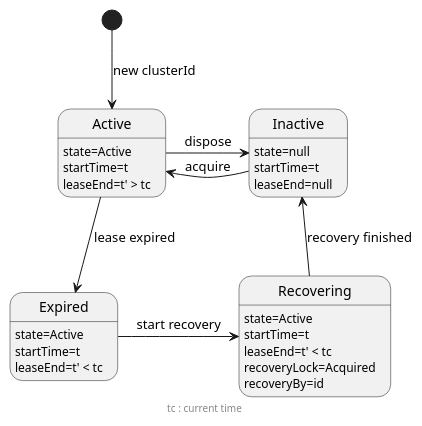
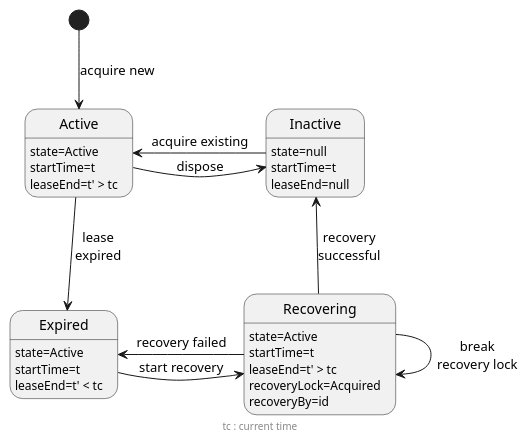
One commit to mreutegg/jackrabbit-oak changed the diagram in oak-doc/src/site/markdown/nodestore/document/cluster-node-lease.puml. Above: the diagram before and after it, drawn with PlantUML. The commit also changed 1 other file, not shown here.

Commit message:
OAK-7316: Greedy ClusterNodeInfo
Update state diagram

```diff
--- a/oak-doc/src/site/markdown/nodestore/document/cluster-node-lease.puml
+++ b/oak-doc/src/site/markdown/nodestore/document/cluster-node-lease.puml
@@ -17,27 +17,29 @@
 @startuml
-[*] --> Active : new clusterId
+[*] --> Active : acquire new
 Active : state=Active
 Active : startTime=t
 Active : leaseEnd=t' > tc
 Active -right-> Inactive : dispose
-Active -down-> Expired : lease expired
+Active -down-> Expired : lease\nexpired
 
 Inactive : state=null
 Inactive : startTime=t
 Inactive : leaseEnd=null
-Inactive -left-> Active : acquire
+Inactive -left-> Active : acquire existing
 
 Expired : state=Active
 Expired : startTime=t
 Expired : leaseEnd=t' < tc
 Expired -right-> Recovering : start recovery
 
 Recovering : state=Active
 Recovering : startTime=t
-Recovering : leaseEnd=t' < tc
+Recovering : leaseEnd=t' > tc
 Recovering : recoveryLock=Acquired
 Recovering : recoveryBy=id
-Recovering -up-> Inactive : recovery finished
+Recovering -up-> Inactive : recovery\nsuccessful
+Recovering -left-> Expired : recovery failed
+Recovering -> Recovering : break\nrecovery lock
 
 footer tc : current time
 @enduml
```
